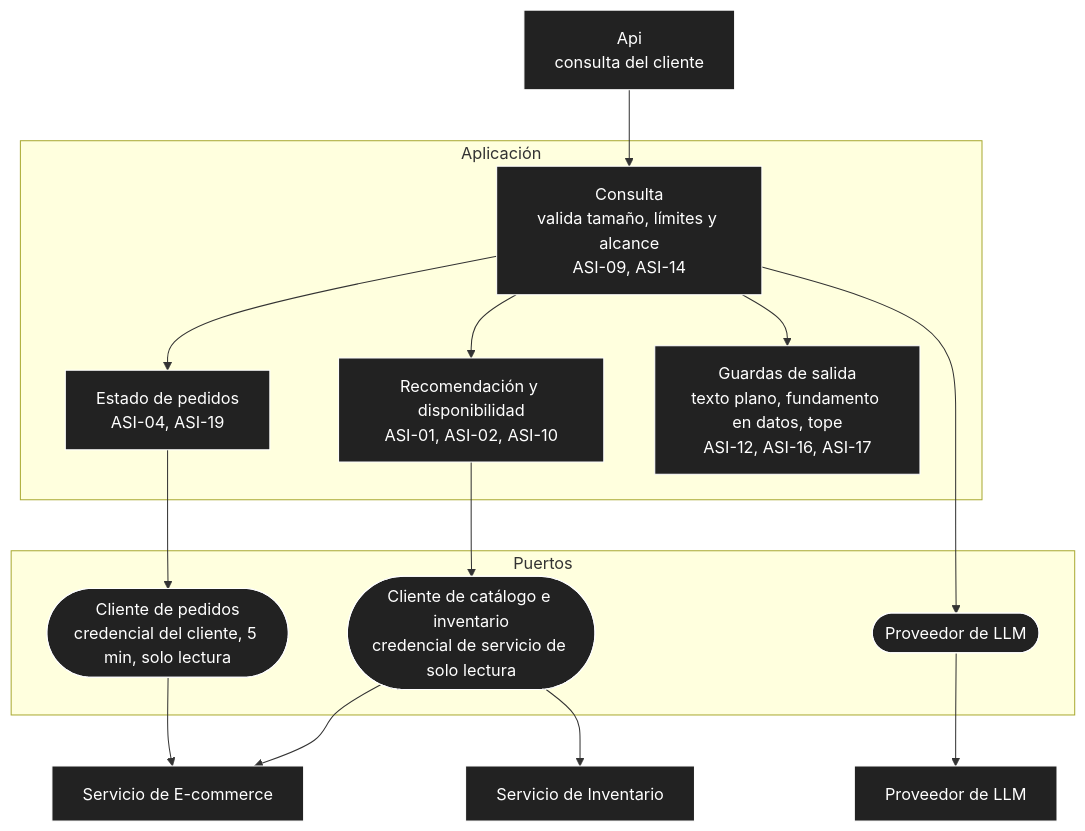
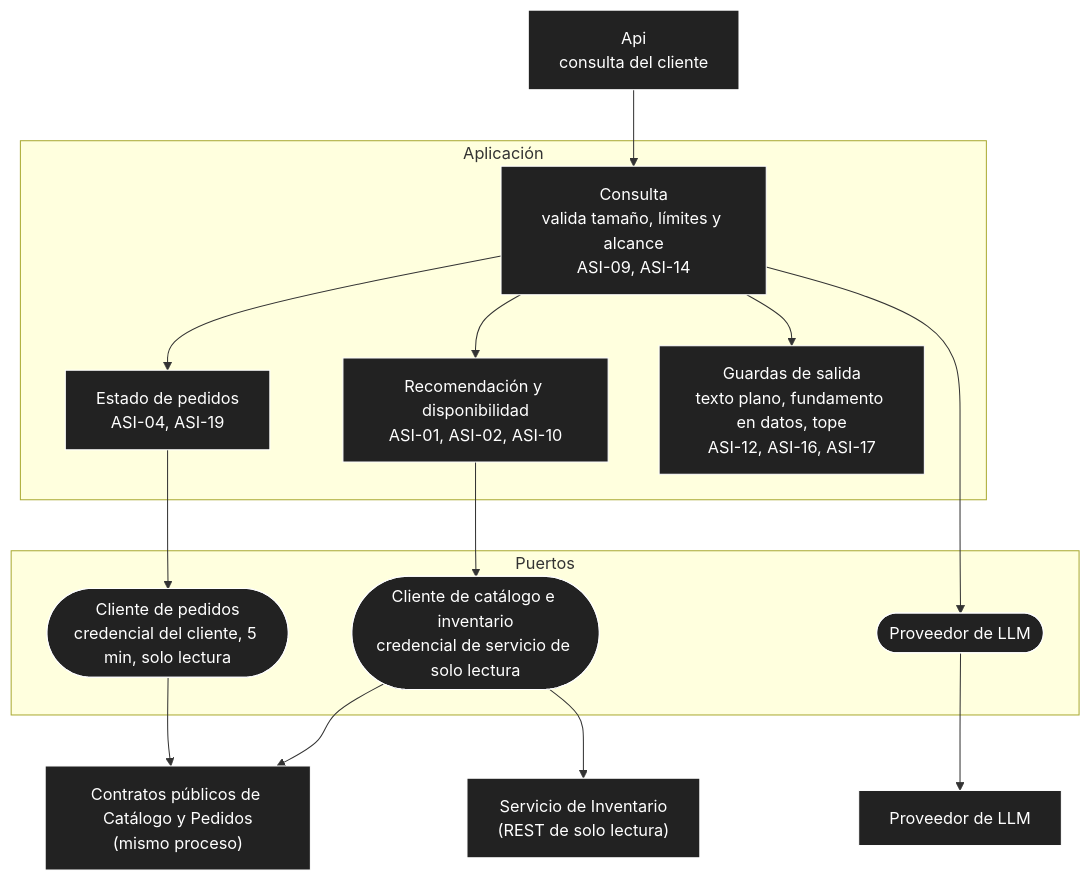
The fourth of 5 diagrams in docs/04-modelo-c4/02-componentes.md (P35C4D0R4B1050/BabelHub), drawn with Mermaid before and after one commit. The commit also changed other lines of this file and 34 other files, not shown here.

First line of the commit message:
docs: reformulate the architecture around two modular services and six quality attributes

````diff
--- a/docs/04-modelo-c4/02-componentes.md
+++ b/docs/04-modelo-c4/02-componentes.md
@@ -243,36 +245,36 @@
 ```mermaid
 flowchart TD
 API["Api<br/>consulta del cliente"]
 
 subgraph APL["Aplicación"]
 CON["Consulta<br/>valida tamaño, límites y alcance<br/>ASI-09, ASI-14"]
 REC["Recomendación y disponibilidad<br/>ASI-01, ASI-02, ASI-10"]
 PEDM["Estado de pedidos<br/>ASI-04, ASI-19"]
 GUA["Guardas de salida<br/>texto plano, fundamento en datos, tope<br/>ASI-12, ASI-16, ASI-17"]
 end
 
 subgraph PUE["Puertos"]
 PC(["Cliente de catálogo e inventario<br/>credencial de servicio de solo lectura"])
 PP(["Cliente de pedidos<br/>credencial del cliente, 5 min, solo lectura"])
 PL(["Proveedor de LLM"])
 end
 
-ECO["Servicio de E-commerce"]
-INV["Servicio de Inventario"]
+ECO["Contratos públicos de Catálogo y Pedidos<br/>(mismo proceso)"]
+INV["Servicio de Inventario<br/>(REST de solo lectura)"]
 LLM["Proveedor de LLM"]
 
 API --> CON
 CON --> REC
 CON --> PEDM
 CON --> GUA
 REC --> PC
 PEDM --> PP
 CON --> PL
 PC --> ECO
 PC --> INV
 PP --> ECO
 PL --> LLM
 
 classDef n fill:#222,stroke:#fff,color:#fff
 class API,CON,REC,PEDM,GUA,PC,PP,PL,ECO,INV,LLM n
 ```
````
